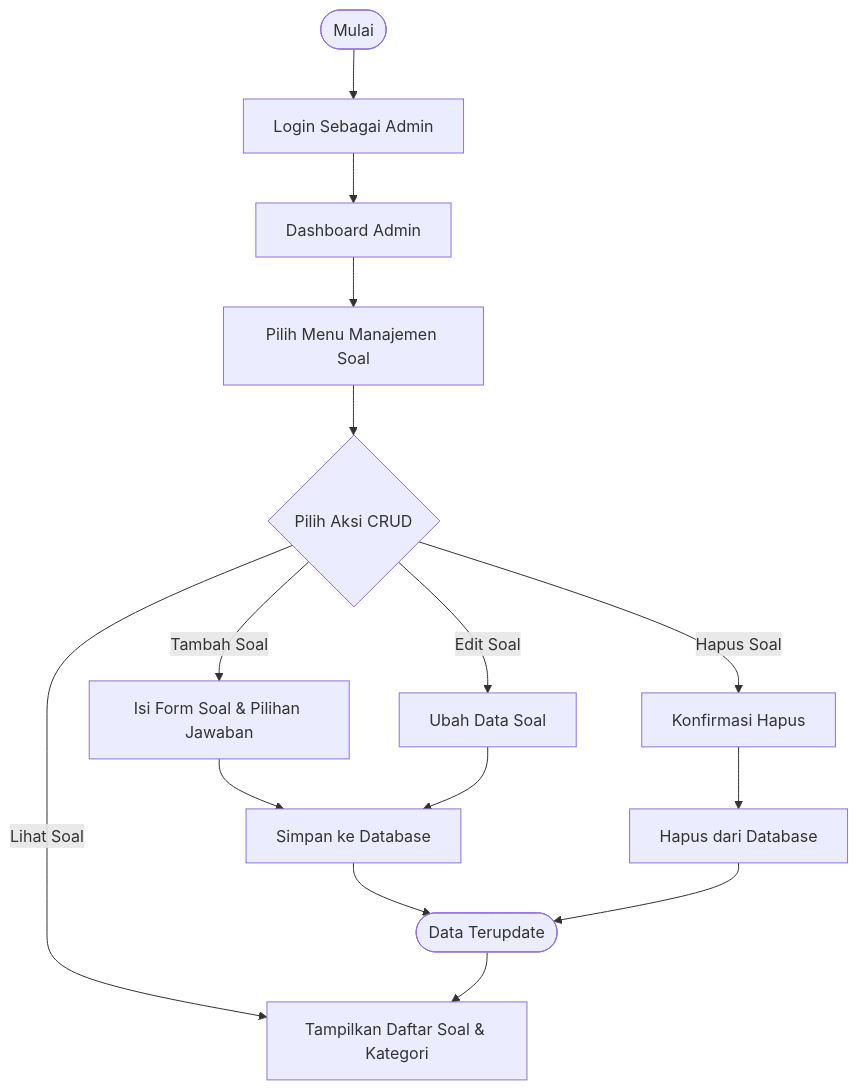
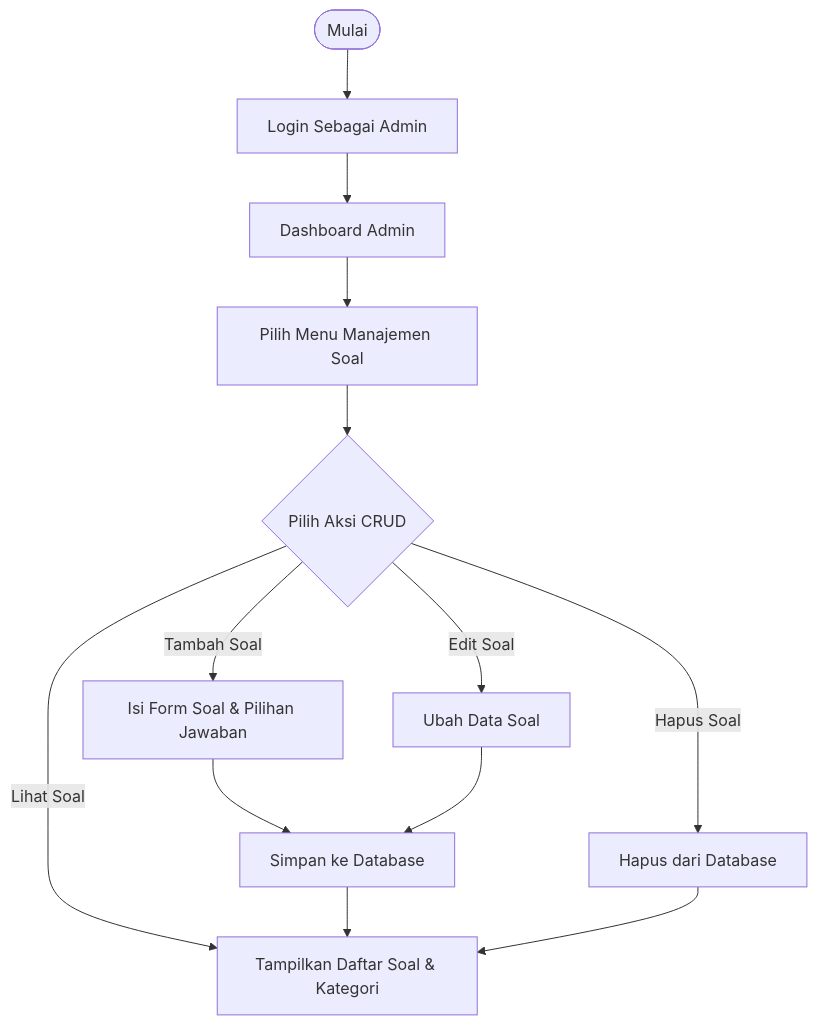
The fifth of 8 diagrams in Laporan_Proyek_1_MindClash.md (insyaallahproyek1/proyek1Mindclash), drawn with Mermaid before and after one commit. The commit also changed other lines of this file and 7 other files, not shown here.

````diff
--- a/Laporan_Proyek_1_MindClash.md
+++ b/Laporan_Proyek_1_MindClash.md
@@ -361,13 +439,12 @@
 ```mermaid
 flowchart TD
     Start([Mulai]) --> LoginAdmin[Login Sebagai Admin] --> Dashboard[Dashboard Admin]
     Dashboard --> PilihMenu[Pilih Menu Manajemen Soal]
     PilihMenu --> Aksi{Pilih Aksi CRUD}
     Aksi -- Tambah Soal --> FormTambah[Isi Form Soal & Pilihan Jawaban] --> SimpanDb[Simpan ke Database]
     Aksi -- Lihat Soal --> TampilDaftar[Tampilkan Daftar Soal & Kategori]
     Aksi -- Edit Soal --> FormEdit[Ubah Data Soal] --> SimpanDb
-    Aksi -- Hapus Soal --> KonfirmasiHapus[Konfirmasi Hapus] --> HapusDb[Hapus dari Database]
-    SimpanDb --> SelesaiDb([Data Terupdate])
-    HapusDb --> SelesaiDb
-    SelesaiDb --> TampilDaftar
+    Aksi -- Hapus Soal --> HapusDb[Hapus dari Database]
+    SimpanDb --> TampilDaftar
+    HapusDb --> TampilDaftar
 ```
````
